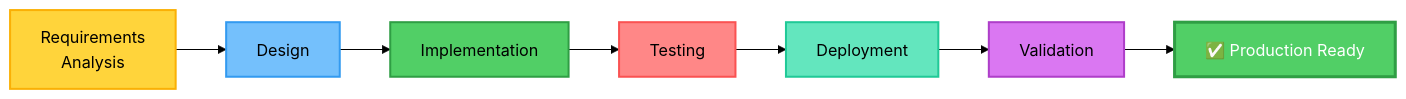
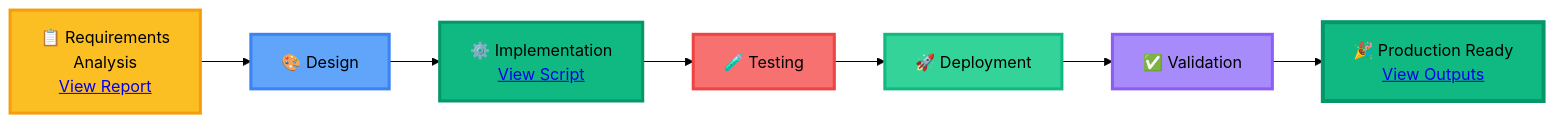
The first of 3 diagrams in data/processed/SDLC_PIPELINE_SUMMARY.md (1digitaldesign/kettler-data-analysis), drawn with Mermaid (forest theme) before and after one commit. The commit also changed 8 other files, not shown here.

First line of the commit message:
fix: Improve dark mode contrast and add interactive elements to diagrams

````diff
--- a/data/processed/SDLC_PIPELINE_SUMMARY.md
+++ b/data/processed/SDLC_PIPELINE_SUMMARY.md
@@ -13,17 +13,17 @@
 ```mermaid
 flowchart LR
-    A[Requirements<br/>Analysis] --> B[Design]
-    B --> C[Implementation]
-    C --> D[Testing]
-    D --> E[Deployment]
-    E --> F[Validation]
-    F --> G[✅ Production Ready]
+    A["📋 Requirements<br/>Analysis<br/><a href='data/processed/sdlc_pipeline_report.json'>View Report</a>"] --> B["🎨 Design"]
+    B --> C["⚙️ Implementation<br/><a href='scripts/etl/research_to_data_sdlc_pipeline.py'>View Script</a>"]
+    C --> D["🧪 Testing"]
+    D --> E["🚀 Deployment"]
+    E --> F["✅ Validation"]
+    F --> G["🎉 Production Ready<br/><a href='data/processed/'>View Outputs</a>"]
 
-    style A fill:#ffd43b,stroke:#fab005,stroke-width:2px
-    style B fill:#74c0fc,stroke:#339af0,stroke-width:2px
-    style C fill:#51cf66,stroke:#2f9e44,stroke-width:2px
-    style D fill:#ff8787,stroke:#fa5252,stroke-width:2px
-    style E fill:#63e6be,stroke:#20c997,stroke-width:2px
-    style F fill:#da77f2,stroke:#ae3ec9,stroke-width:2px
-    style G fill:#51cf66,stroke:#2f9e44,stroke-width:3px,color:#fff
+    style A fill:#fbbf24,stroke:#f59e0b,stroke-width:3px
+    style B fill:#60a5fa,stroke:#3b82f6,stroke-width:3px
+    style C fill:#10b981,stroke:#059669,stroke-width:3px
+    style D fill:#f87171,stroke:#ef4444,stroke-width:3px
+    style E fill:#34d399,stroke:#10b981,stroke-width:3px
+    style F fill:#a78bfa,stroke:#8b5cf6,stroke-width:3px
+    style G fill:#10b981,stroke:#059669,stroke-width:4px
 ```
````
